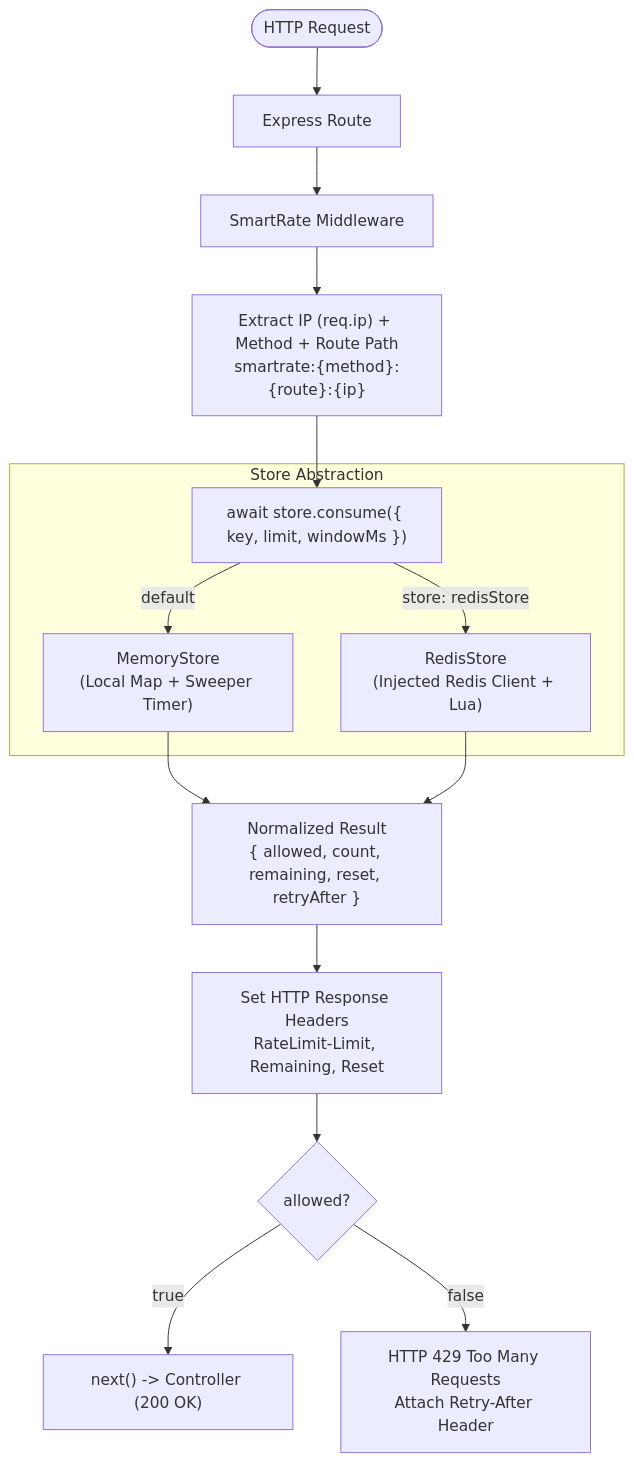
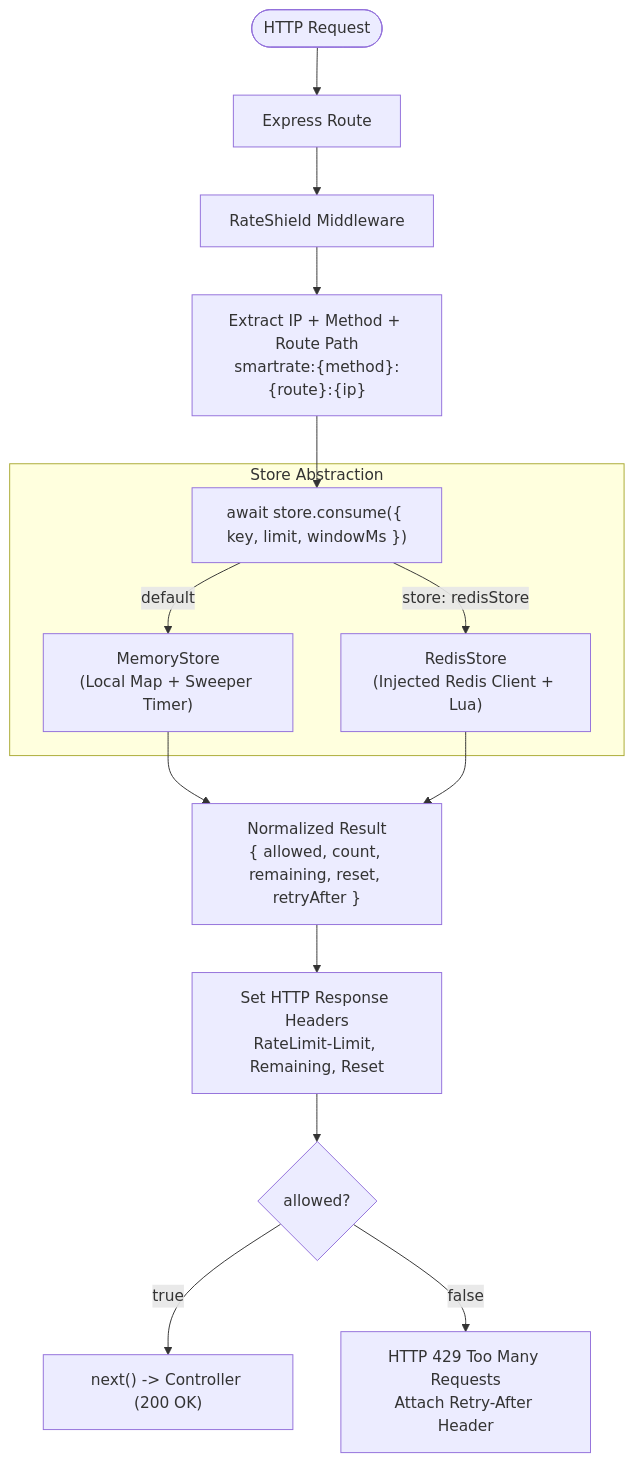
Before and after one commit to Anivesh91/LimitForge: the second of 2 diagrams in README.md, drawn with Mermaid. The commit also changed other lines of this file and 11 other files, not shown here.

````diff
--- a/README.md
+++ b/README.md
@@ -53,20 +51,20 @@
 ```mermaid
 flowchart TD
     Req([HTTP Request]) --> Router[Express Route]
-    Router --> Middleware[SmartRate Middleware]
-    Middleware --> KeyGen["Extract IP (req.ip) + Method + Route Path<br/>smartrate:{method}:{route}:{ip}"]
+    Router --> Middleware[RateShield Middleware]
+    Middleware --> KeyGen["Extract IP + Method + Route Path<br/>smartrate:{method}:{route}:{ip}"]
     KeyGen --> StoreConsume["await store.consume({ key, limit, windowMs })"]
 
     subgraph StoreLayer ["Store Abstraction"]
         StoreConsume -->|"default"| MemoryStore["MemoryStore<br/>(Local Map + Sweeper Timer)"]
         StoreConsume -->|"store: redisStore"| RedisStore["RedisStore<br/>(Injected Redis Client + Lua)"]
     end
 
     MemoryStore --> Result["Normalized Result<br/>{ allowed, count, remaining, reset, retryAfter }"]
     RedisStore --> Result
 
     Result --> SetHeaders["Set HTTP Response Headers<br/>RateLimit-Limit, Remaining, Reset"]
     SetHeaders --> Decision{"allowed?"}
     Decision -->|"true"| Next["next() -> Controller (200 OK)"]
     Decision -->|"false"| Block["HTTP 429 Too Many Requests<br/>Attach Retry-After Header"]
 ```
````
